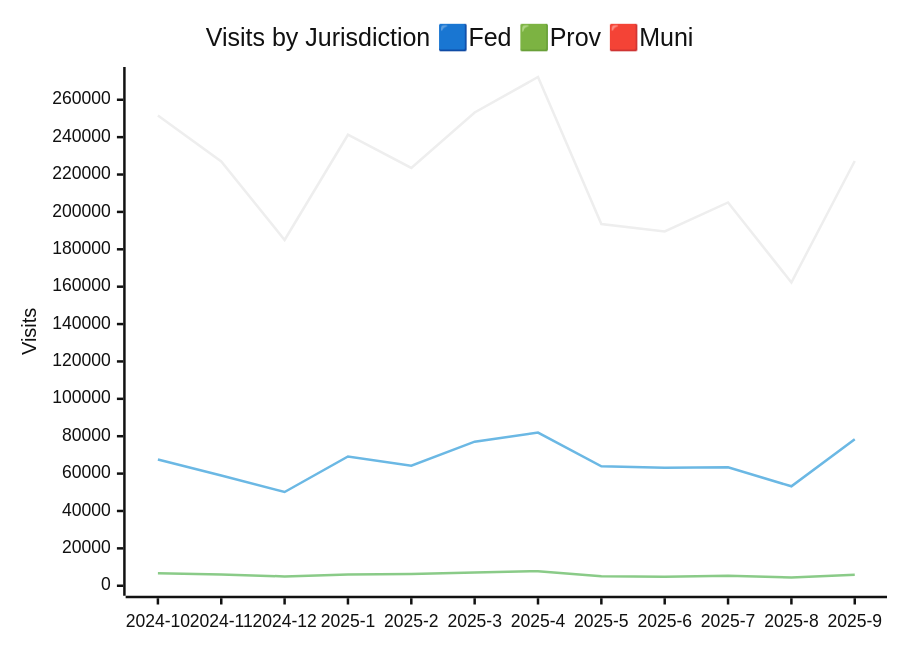
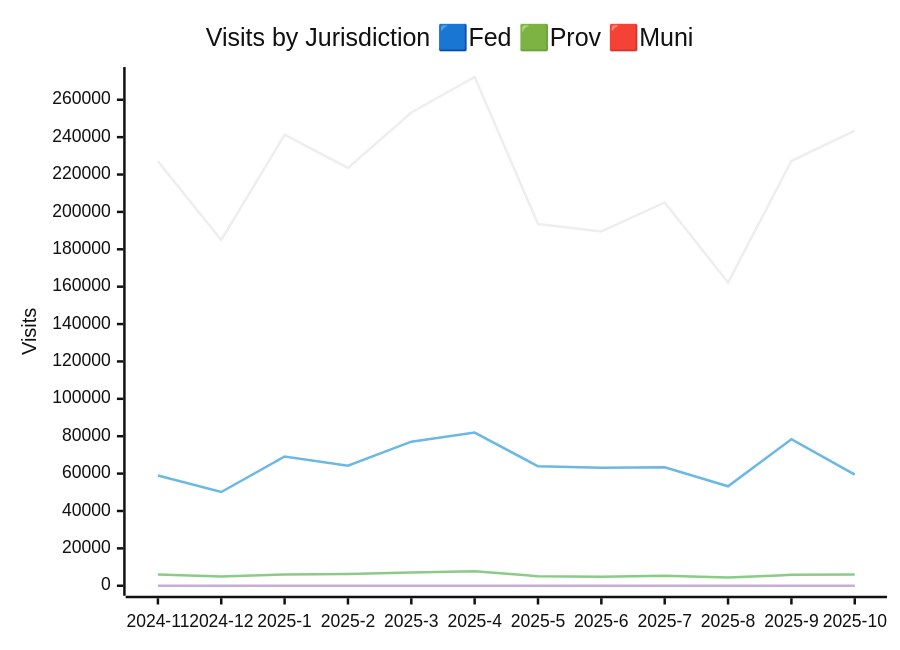
One commit to PatLittle/analytics-corporate-reporting changed the second of 3 diagrams in JURISDICTION_ANALYTICS_REPORT/readme.md. Above: the diagram before and after it, drawn with Mermaid (neutral theme). The commit also changed other lines of this file and 3 other files, not shown here.

````diff
--- a/JURISDICTION_ANALYTICS_REPORT/readme.md
+++ b/JURISDICTION_ANALYTICS_REPORT/readme.md
@@ -27,10 +28,11 @@
 ```mermaid
 
 xychart-beta
     title "Visits by Jurisdiction 🟦Fed 🟩Prov 🟥Muni"
-    x-axis [2024-10, 2024-11, 2024-12, 2025-1, 2025-2, 2025-3, 2025-4, 2025-5, 2025-6, 2025-7, 2025-8, 2025-9]
+    x-axis [2024-11, 2024-12, 2025-1, 2025-2, 2025-3, 2025-4, 2025-5, 2025-6, 2025-7, 2025-8, 2025-9, 2025-10]
     y-axis "Visits" 0 --> 272176
-    line [251543, 227042, 184979, 241280, 223551, 253206, 272166, 193500, 189591, 205047, 162256, 227214]
-    line [67545, 58978, 50142, 69132, 64205, 77074, 81935, 63910, 63118, 63349, 53202, 78407]
-    line [6643, 6053, 4970, 6013, 6298, 7116, 7801, 5126, 4797, 5298, 4430, 5839]
+    line [227042, 184979, 241280, 223551, 253206, 272166, 193500, 189591, 205047, 162256, 227214, 243433]
+    line [58978, 50142, 69132, 64205, 77074, 81935, 63910, 63118, 63349, 53202, 78407, 59454]
+    line [6053, 4970, 6013, 6298, 7116, 7801, 5126, 4797, 5298, 4430, 5839, 6084]
+    line [0, 0, 0, 0, 0, 0, 0, 0, 0, 0, 0, 13]
 ```
````
